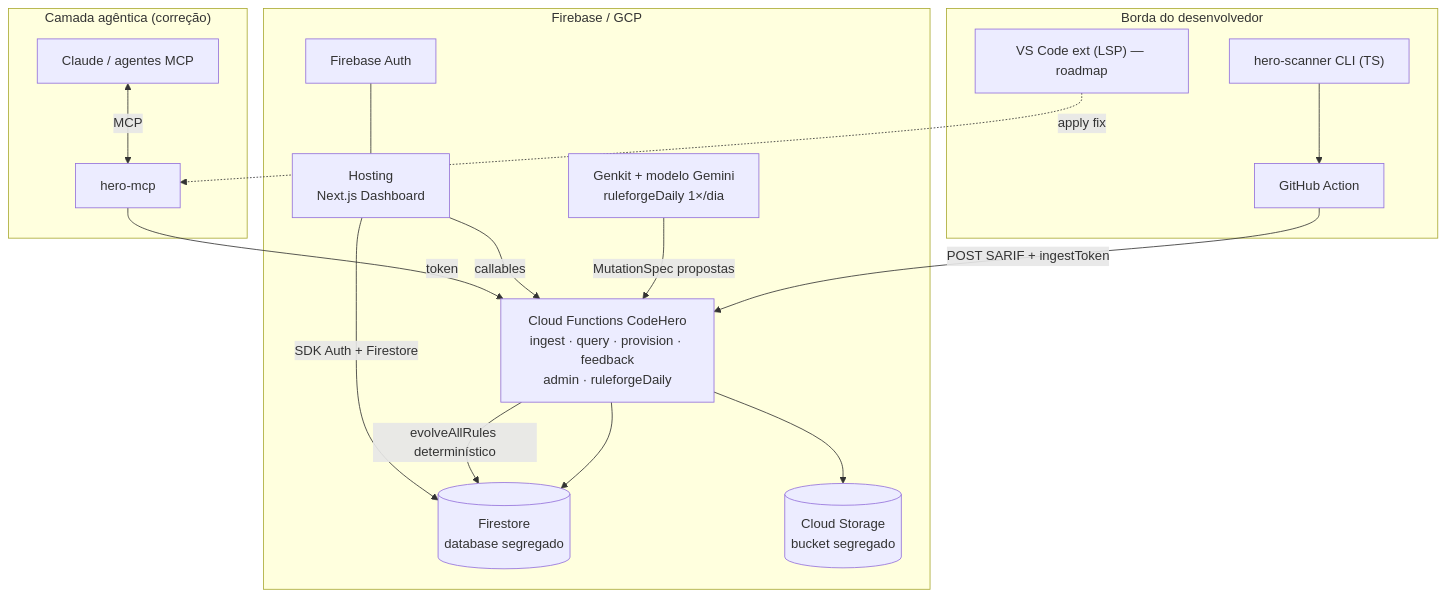
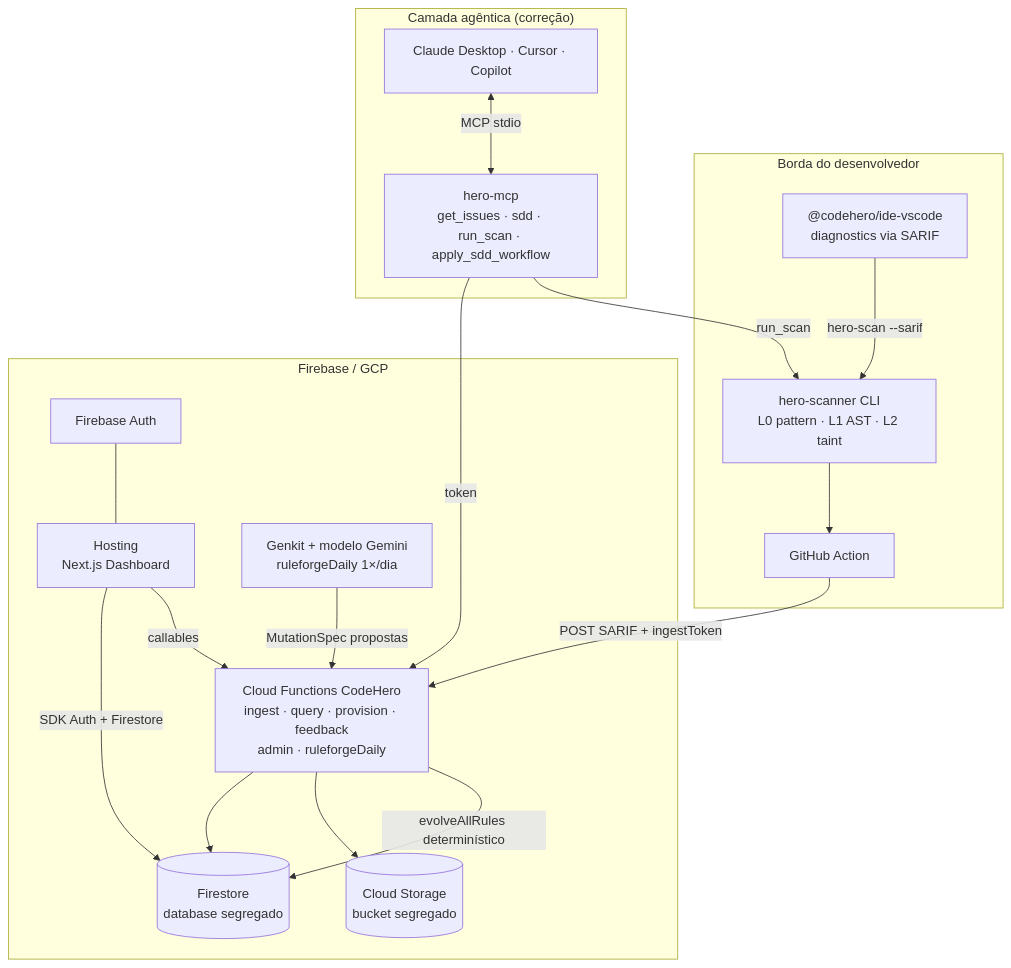
The first of 2 diagrams in docs/ARCHITECTURE.md (nbsjunior/codehero), drawn with Mermaid before and after one commit. The commit also changed other lines of this file and 51 other files, not shown here.

First line of the commit message:
feat: portal CodeRabbit-style, auth signup, engine AST/taint, dress code

````diff
--- a/docs/ARCHITECTURE.md
+++ b/docs/ARCHITECTURE.md
@@ -35,35 +35,36 @@
 ```mermaid
 graph TB
     subgraph EDGE["Borda do desenvolvedor"]
-        CLI["hero-scanner CLI (TS)"]
-        IDE["VS Code ext (LSP) — roadmap"]
+        CLI["hero-scanner CLI<br/>L0 pattern · L1 AST · L2 taint"]
+        IDE["@codehero/ide-vscode<br/>diagnostics via SARIF"]
         GHA["GitHub Action"]
     end
 
     subgraph FB["Firebase / GCP"]
         AUTH["Firebase Auth"]
         FUNC["Cloud Functions CodeHero<br/>ingest · query · provision · feedback<br/>admin · ruleforgeDaily"]
         FS[("Firestore<br/>database segregado")]
         ST[("Cloud Storage<br/>bucket segregado")]
         HOST["Hosting<br/>Next.js Dashboard"]
         GEN["Genkit + modelo Gemini<br/>ruleforgeDaily 1×/dia"]
     end
 
     subgraph AI["Camada agêntica (correção)"]
-        MCP["hero-mcp"]
-        CLAUDE["Claude / agentes MCP"]
+        MCP["hero-mcp<br/>get_issues · sdd · run_scan · apply_sdd_workflow"]
+        AGENTS["Claude Desktop · Cursor · Copilot"]
     end
 
     CLI --> GHA
+    IDE -->|hero-scan --sarif| CLI
     GHA -->|POST SARIF + ingestToken| FUNC
     FUNC --> FS
     FUNC --> ST
     GEN -->|MutationSpec propostas| FUNC
     FUNC -->|evolveAllRules determinístico| FS
     HOST -->|SDK Auth + Firestore| FS
     HOST -->|callables| FUNC
     AUTH --- HOST
     MCP -->|token| FUNC
-    CLAUDE <-->|MCP| MCP
-    IDE -.->|apply fix| MCP
+    AGENTS <-->|MCP stdio| MCP
+    MCP -->|run_scan| CLI
 ```
````
